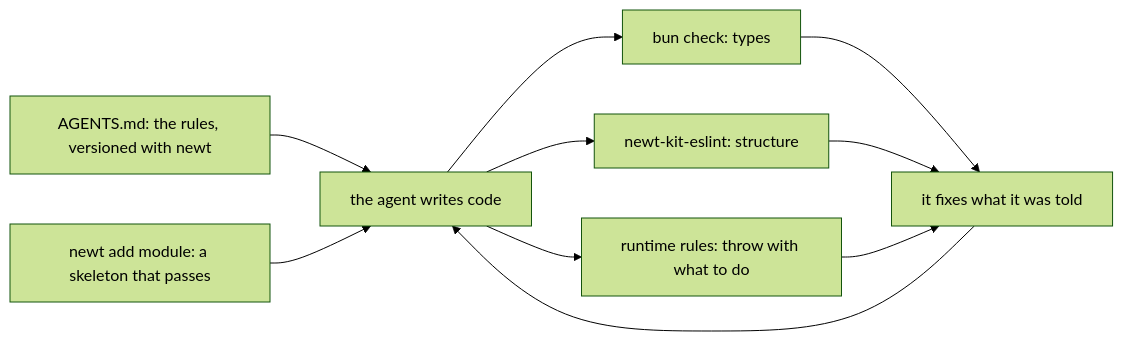
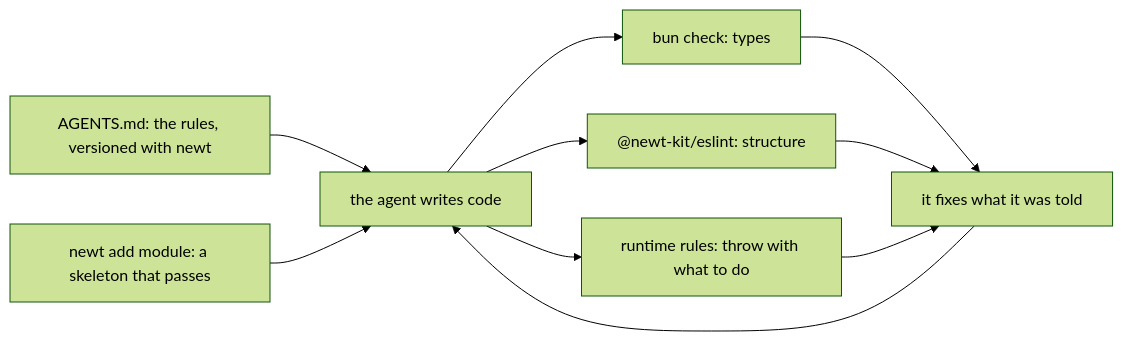
The first of 2 diagrams in web/manual/33-agents.md (aromero86/newt), drawn with Mermaid (forest theme) before and after one commit. The commit also changed other lines of this file and 634 other files, not shown here.

````diff
--- a/web/manual/33-agents.md
+++ b/web/manual/33-agents.md
@@ -29,12 +29,12 @@
 ```mermaid
 flowchart LR
   R["AGENTS.md: the rules, versioned with newt"] --> A["the agent writes code"]
   S["newt add module: a skeleton that passes"] --> A
   A --> T["bun check: types"]
-  A --> L["newt-kit-eslint: structure"]
+  A --> L["@newt-kit/eslint: structure"]
   A --> X["runtime rules: throw with what to do"]
   T --> F["it fixes what it was told"]
   L --> F
   X --> F
   F --> A
 ```
````
